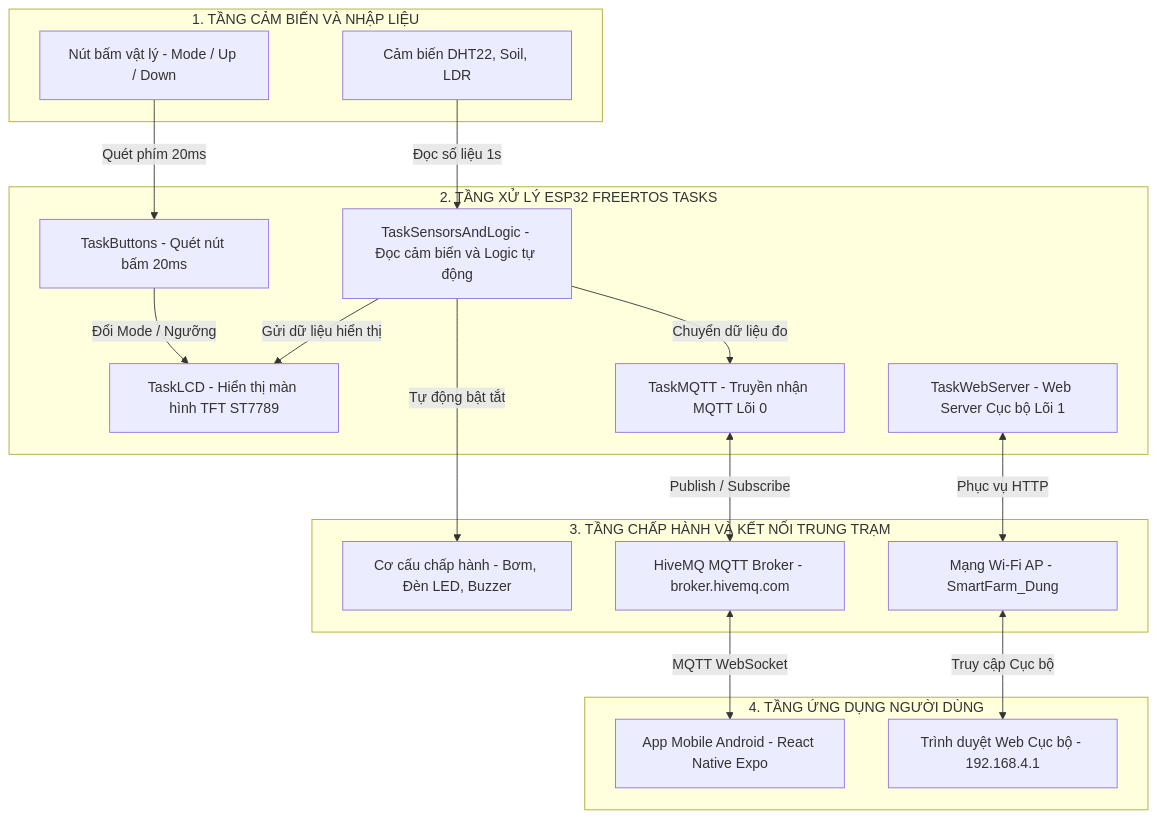
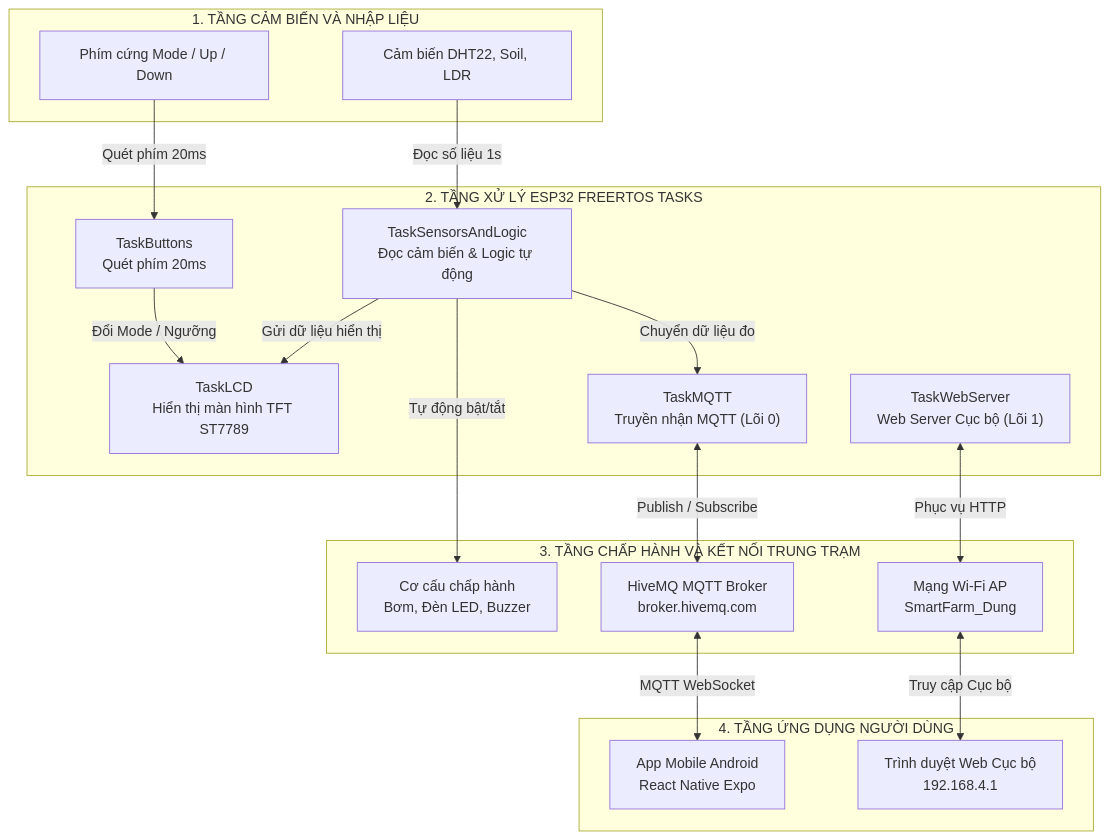
The second of 2 diagrams in README.md (tranntnd27-lab/smart_iot_plant_app), drawn with Mermaid before and after one commit. The commit also changed other lines of this file, not shown here.

Commit message:
Fix text truncation in Mermaid node labels

````diff
--- a/README.md
+++ b/README.md
@@ -161,39 +161,39 @@
 ```mermaid
 flowchart TD
     subgraph L1 ["1. TẦNG CẢM BIẾN VÀ NHẬP LIỆU"]
         Sensors["Cảm biến DHT22, Soil, LDR"]
-        Buttons["Nút bấm vật lý - Mode / Up / Down"]
+        Buttons["Phím cứng Mode / Up / Down"]
     end
 
     subgraph L2 ["2. TẦNG XỬ LÝ ESP32 FREERTOS TASKS"]
-        tSensors["TaskSensorsAndLogic - Đọc cảm biến và Logic tự động"]
-        tButtons["TaskButtons - Quét nút bấm 20ms"]
-        tLCD["TaskLCD - Hiển thị màn hình TFT ST7789"]
-        tMQTT["TaskMQTT - Truyền nhận MQTT Lõi 0"]
-        tWeb["TaskWebServer - Web Server Cục bộ Lõi 1"]
+        tSensors["TaskSensorsAndLogic<br/>Đọc cảm biến & Logic tự động"]
+        tButtons["TaskButtons<br/>Quét phím 20ms"]
+        tLCD["TaskLCD<br/>Hiển thị màn hình TFT ST7789"]
+        tMQTT["TaskMQTT<br/>Truyền nhận MQTT (Lõi 0)"]
+        tWeb["TaskWebServer<br/>Web Server Cục bộ (Lõi 1)"]
     end
 
     subgraph L3 ["3. TẦNG CHẤP HÀNH VÀ KẾT NỐI TRUNG TRẠM"]
-        Actuators["Cơ cấu chấp hành - Bơm, Đèn LED, Buzzer"]
-        Broker["HiveMQ MQTT Broker - broker.hivemq.com"]
-        LocalAP["Mạng Wi-Fi AP - SmartFarm_Dung"]
+        Actuators["Cơ cấu chấp hành<br/>Bơm, Đèn LED, Buzzer"]
+        Broker["HiveMQ MQTT Broker<br/>broker.hivemq.com"]
+        LocalAP["Mạng Wi-Fi AP<br/>SmartFarm_Dung"]
     end
 
     subgraph L4 ["4. TẦNG ỨNG DỤNG NGƯỜI DÙNG"]
-        MobileApp["App Mobile Android - React Native Expo"]
-        LocalWeb["Trình duyệt Web Cục bộ - 192.168.4.1"]
+        MobileApp["App Mobile Android<br/>React Native Expo"]
+        LocalWeb["Trình duyệt Web Cục bộ<br/>192.168.4.1"]
     end
 
     Sensors -->|"Đọc số liệu 1s"| tSensors
-    tSensors -->|"Tự động bật tắt"| Actuators
+    tSensors -->|"Tự động bật/tắt"| Actuators
     tSensors -->|"Chuyển dữ liệu đo"| tMQTT
     tMQTT <-->|"Publish / Subscribe"| Broker
     Broker <-->|"MQTT WebSocket"| MobileApp
 
     Buttons -->|"Quét phím 20ms"| tButtons
     tButtons -->|"Đổi Mode / Ngưỡng"| tLCD
     tSensors -->|"Gửi dữ liệu hiển thị"| tLCD
 
     tWeb <-->|"Phục vụ HTTP"| LocalAP
     LocalAP <-->|"Truy cập Cục bộ"| LocalWeb
 ```
````
